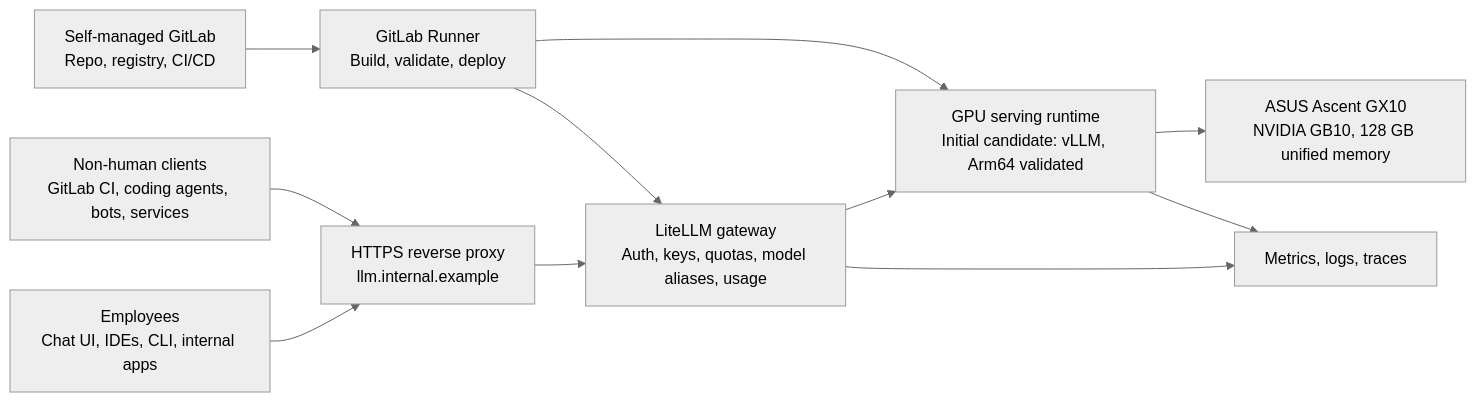
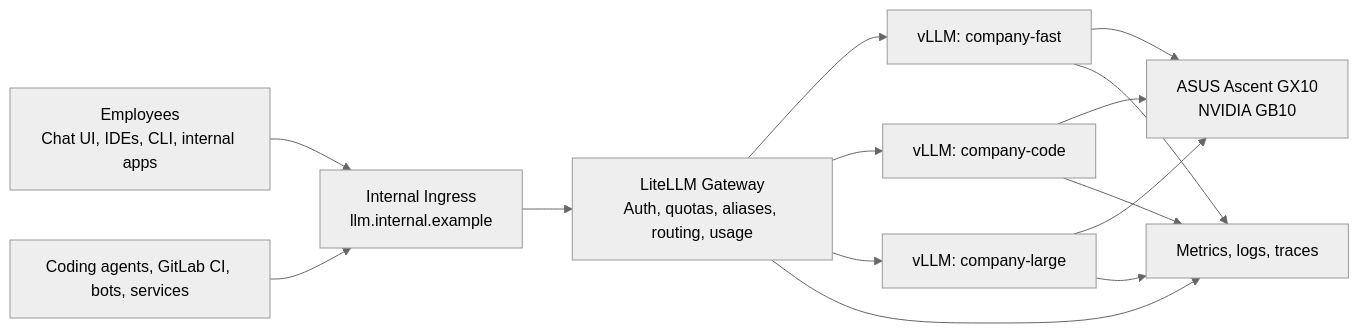
Before and after one commit to CopyPasteFail/llm-on-prem: the diagram in README.md, drawn with Mermaid (neutral theme). The commit also changed other lines of this file, not shown here.

Commit message:
Update README for GX10 and GitLab

````diff
--- a/README.md
+++ b/README.md
@@ -37,16 +15,16 @@
 ```mermaid
 flowchart LR
-    people["Employees\nChat UI, IDEs, CLI, internal apps"] --> proxy["HTTPS reverse proxy\nllm.internal.example"]
-    automation["Non-human clients\nGitLab CI, coding agents, bots, services"] --> proxy
-
-    proxy --> gateway["LiteLLM gateway\nAuth, keys, quotas, model aliases, usage"]
-    gateway --> runtime["GPU serving runtime\nInitial candidate: vLLM, Arm64 validated"]
-    runtime --> gx10["ASUS Ascent GX10\nNVIDIA GB10, 128 GB unified memory"]
-
-    gateway --> telemetry["Metrics, logs, traces"]
-    runtime --> telemetry
-
-    gitlab["Self-managed GitLab\nRepo, registry, CI/CD"] --> runner["GitLab Runner\nBuild, validate, deploy"]
-    runner --> gateway
-    runner --> runtime
+    users["Employees\nChat UI, IDEs, CLI, internal apps"] --> ingress["Internal Ingress\nllm.internal.example"]
+    jobs["Coding agents, GitLab CI, bots, services"] --> ingress
+    ingress --> litellm["LiteLLM Gateway\nAuth, quotas, aliases, routing, usage"]
+    litellm --> fast["vLLM: company-fast"]
+    litellm --> code["vLLM: company-code"]
+    litellm --> large["vLLM: company-large"]
+    fast --> gx10["ASUS Ascent GX10\nNVIDIA GB10"]
+    code --> gx10
+    large --> gx10
+    litellm --> obs["Metrics, logs, traces"]
+    fast --> obs
+    code --> obs
+    large --> obs
 ```
````
